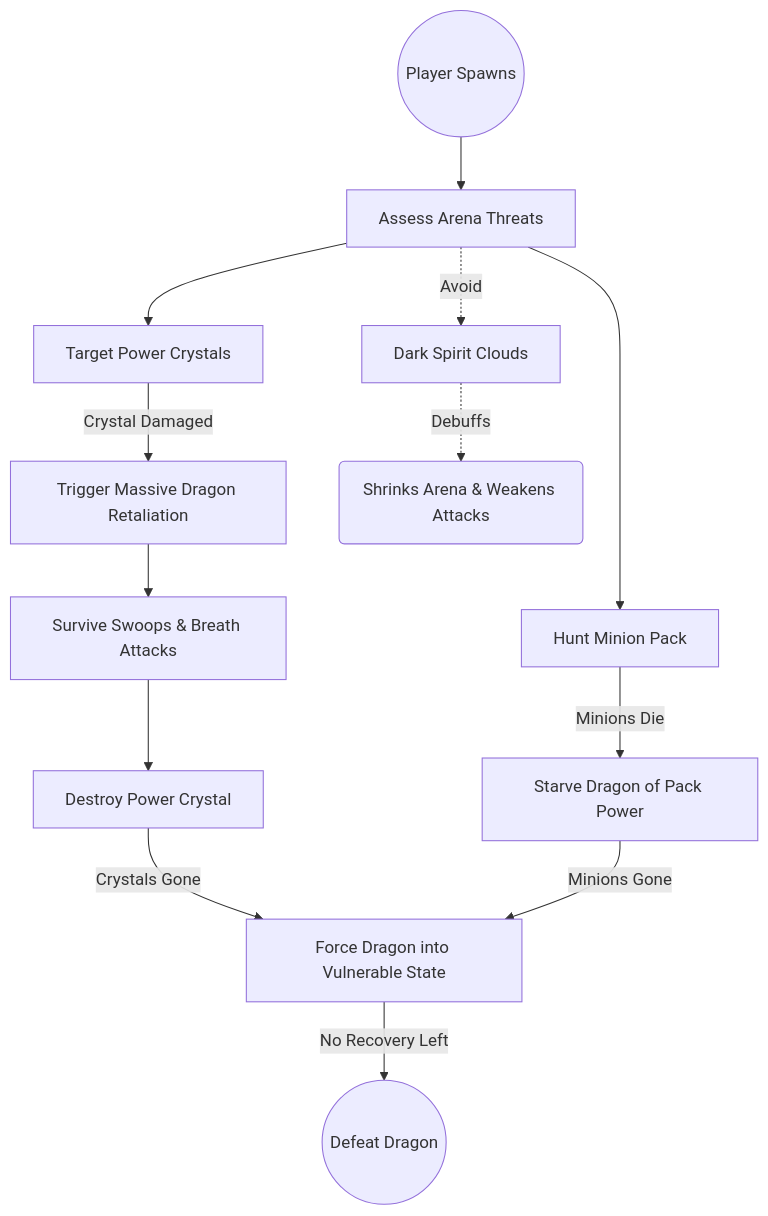
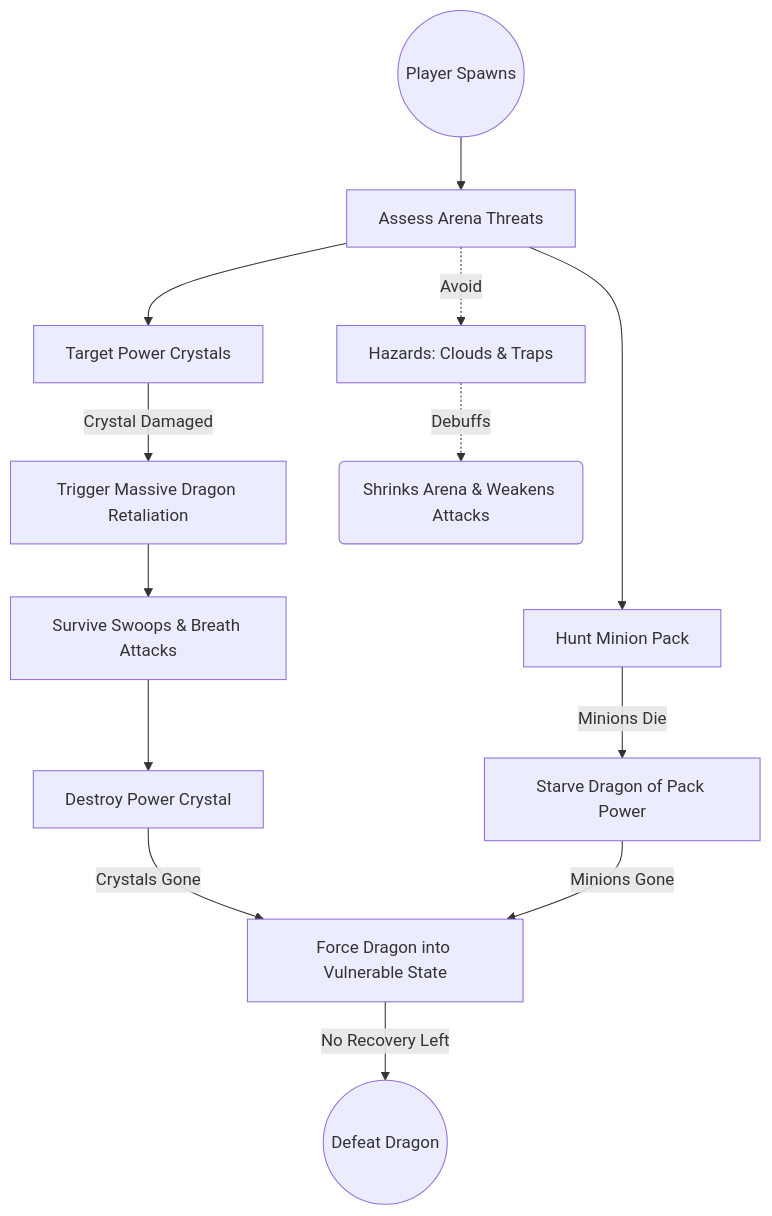
The first of 5 diagrams in Quest_Machine_Dragon_Brain_Docs.md (NatalieC001/dragonDump), drawn with Mermaid before and after one commit. The commit also changed other lines of this file, not shown here.

````diff
--- a/Quest_Machine_Dragon_Brain_Docs.md
+++ b/Quest_Machine_Dragon_Brain_Docs.md
@@ -40,21 +40,21 @@
 ```mermaid
 graph TD
     StartPlayer((Player Spawns)) --> AssessArena[Assess Arena Threats]
     AssessArena --> ThreatenCrystal[Target Power Crystals]
     AssessArena --> PickOffMinions[Hunt Minion Pack]
     
     PickOffMinions -->|Minions Die| StarveDragon[Starve Dragon of Pack Power]
     ThreatenCrystal -->|Crystal Damaged| TriggerDragonDefenses[Trigger Massive Dragon Retaliation]
     
     TriggerDragonDefenses --> Survive[Survive Swoops & Breath Attacks]
     Survive --> DestroyCrystal[Destroy Power Crystal]
     
     DestroyCrystal -->|Crystals Gone| ForceVulnerability[Force Dragon into Vulnerable State]
     StarveDragon -->|Minions Gone| ForceVulnerability
     
     ForceVulnerability -->|No Recovery Left| DefeatDragon((Defeat Dragon))
     
     %% Obstacles
-    AssessArena -.->|Avoid| Clouds[Dark Spirit Clouds]
+    AssessArena -.->|Avoid| Clouds[Hazards: Clouds & Traps]
     Clouds -.->|Debuffs| ShrinkArena(Shrinks Arena & Weakens Attacks)
 ```
````
